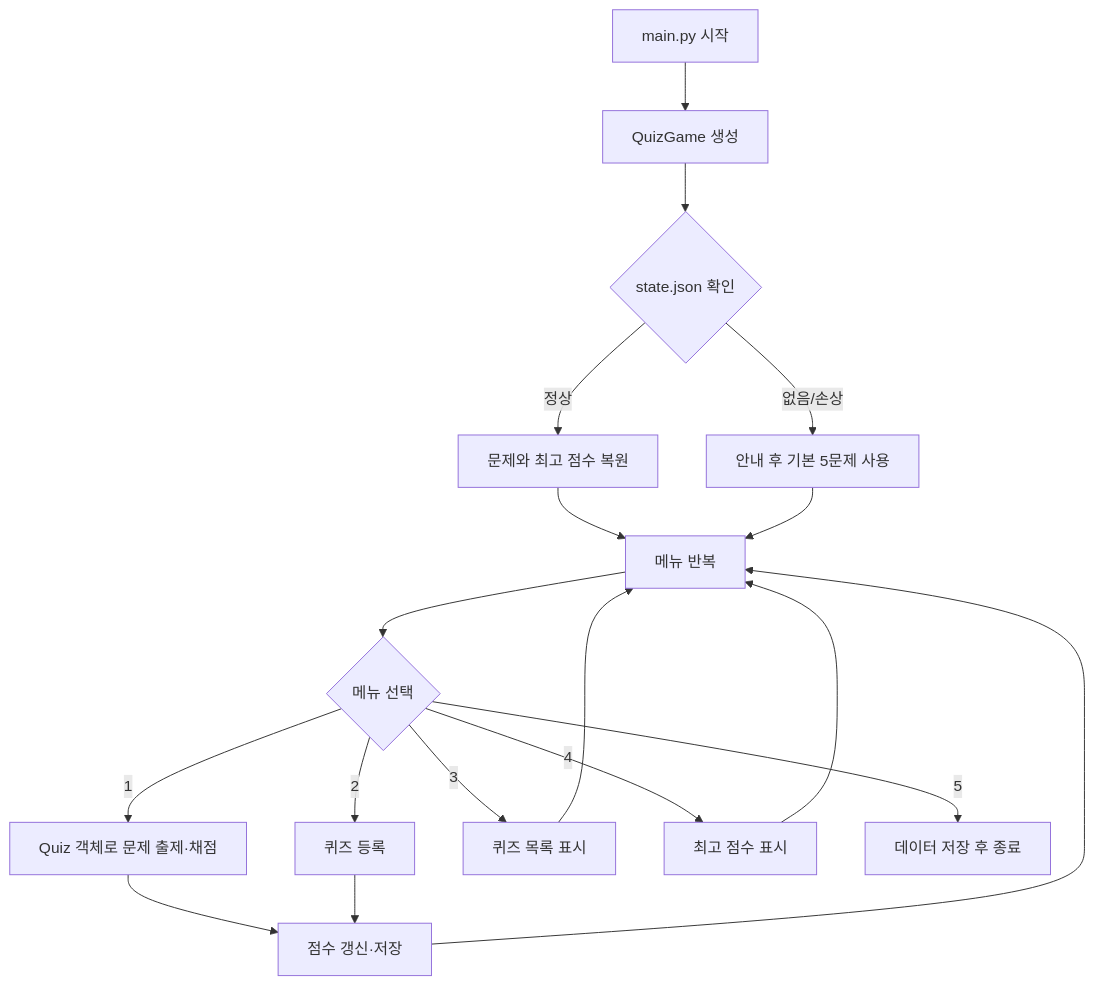
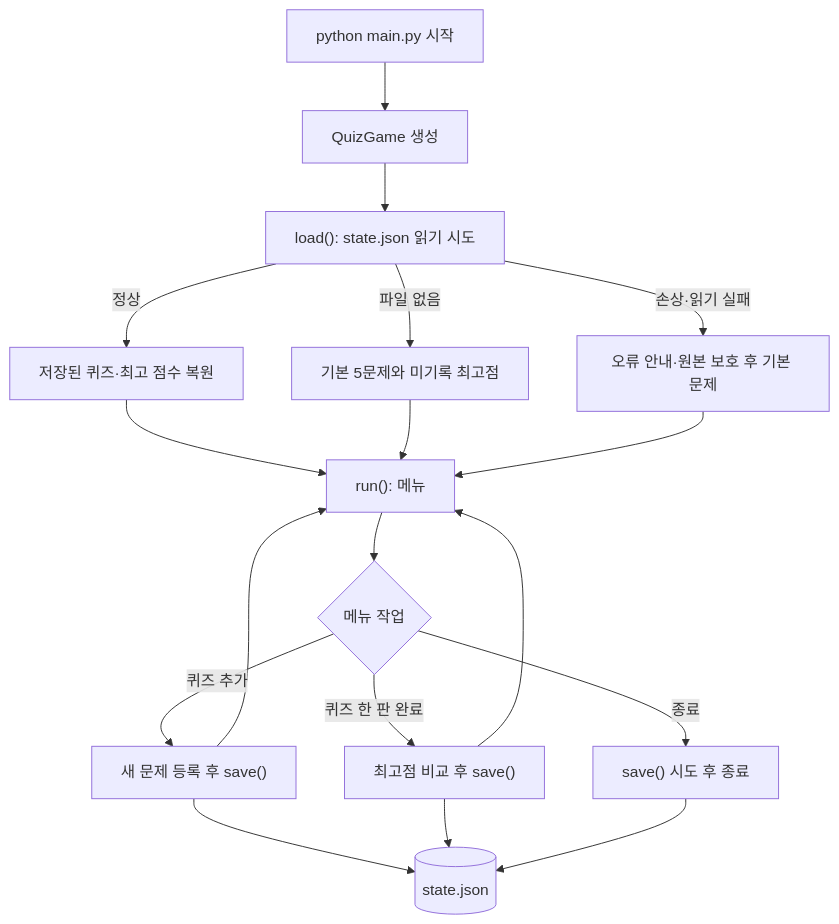
One commit to modoofighting/E1-2 changed the third of 3 diagrams in README.md. Above: the diagram before and after it, drawn with Mermaid. The commit also changed other lines of this file and 32 other files, not shown here.

Commit message:
feat: complete quiz game and document work

````diff
--- a/README.md
+++ b/README.md
@@ -1312,20 +812,20 @@
 ```mermaid
 flowchart TD
-    A[main.py 시작] --> B[QuizGame 생성]
-    B --> C{state.json 확인}
-    C -->|정상| D[문제와 최고 점수 복원]
-    C -->|없음/손상| E[안내 후 기본 5문제 사용]
-    D --> F[메뉴 반복]
-    E --> F
-    F --> G{메뉴 선택}
-    G -->|1| H[Quiz 객체로 문제 출제·채점]
-    G -->|2| I[퀴즈 등록]
-    G -->|3| J[퀴즈 목록 표시]
-    G -->|4| K[최고 점수 표시]
-    G -->|5| L[데이터 저장 후 종료]
-    H --> M[점수 갱신·저장]
-    I --> M
-    M --> F
-    J --> F
-    K --> F
+    A["python main.py 시작"] --> B["QuizGame 생성"]
+    B --> C["load(): state.json 읽기 시도"]
+    C -->|정상| D["저장된 퀴즈·최고 점수 복원"]
+    C -->|파일 없음| E["기본 5문제와 미기록 최고점"]
+    C -->|손상·읽기 실패| F["오류 안내·원본 보호 후 기본 문제"]
+    D --> G["run(): 메뉴"]
+    E --> G
+    F --> G
+    G --> H{"메뉴 작업"}
+    H -->|퀴즈 추가| I["새 문제 등록 후 save()"]
+    H -->|퀴즈 한 판 완료| J["최고점 비교 후 save()"]
+    H -->|종료| K["save() 시도 후 종료"]
+    I --> L[("state.json")]
+    J --> L
+    K --> L
+    I --> G
+    J --> G
 ```
````
